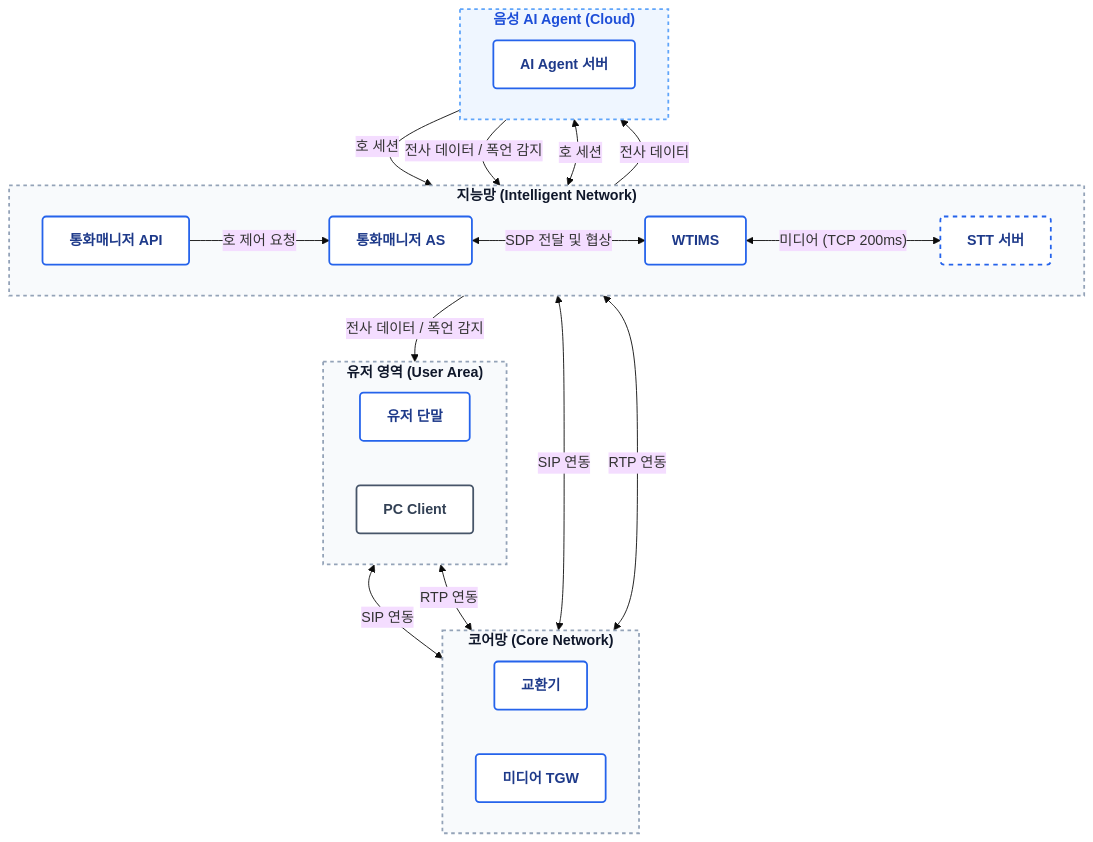
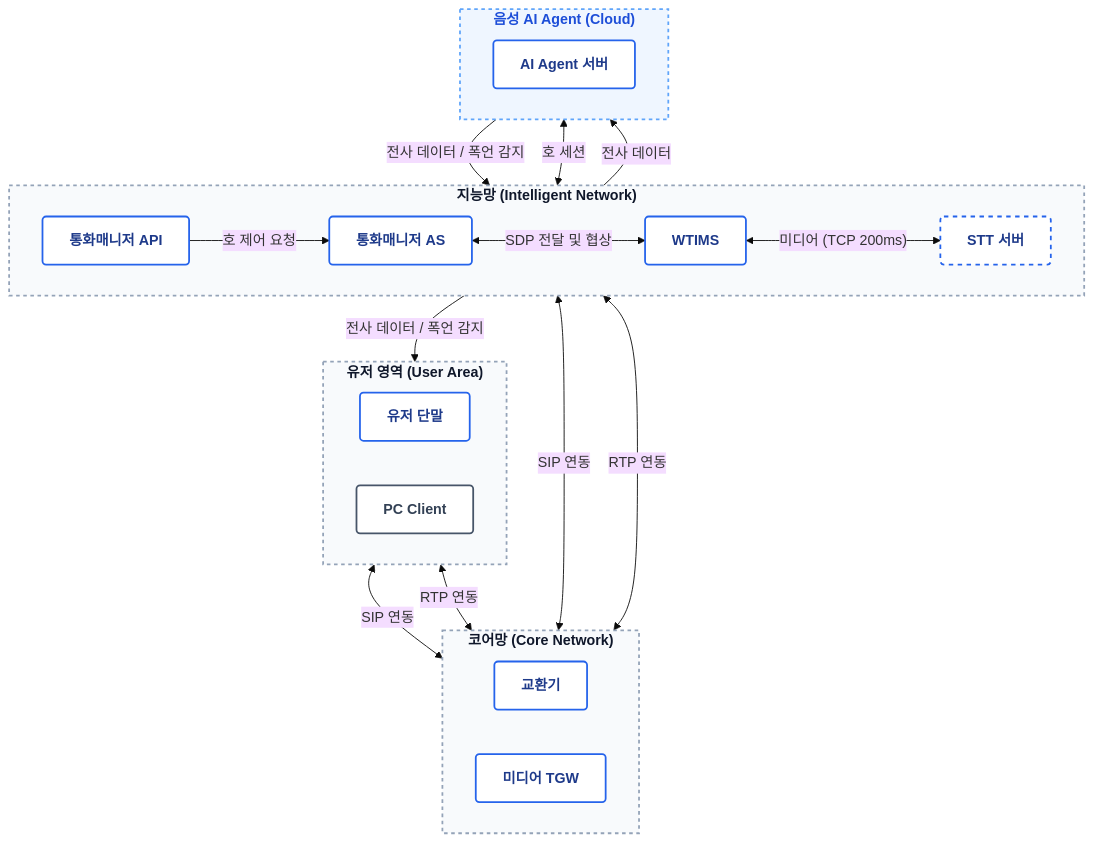
The diagram in docs/architecture/stt-agent-integration-in-stt.md (hak023/sip_pbx), drawn with Mermaid (base theme) before and after one commit.

Commit message:
docs(architecture): 방안 2에서 AI Agent -> STT 서버 호 세션 연결 제거

````diff
--- a/docs/architecture/stt-agent-integration-in-stt.md
+++ b/docs/architecture/stt-agent-integration-in-stt.md
@@ -4,61 +4,60 @@
 ```mermaid
 graph TD
     %% 스타일 정의 (블루 & 화이트 컨설팅 펌 테마)
     classDef default fill:#ffffff,stroke:#cbd5e1,stroke-width:1px,color:#334155,font-family:sans-serif;
     classDef layerBox fill:#f8fafc,stroke:#94a3b8,stroke-width:2px,stroke-dasharray: 4 4,color:#0f172a,font-weight:bold;
     classDef cloudBox fill:#eff6ff,stroke:#60a5fa,stroke-width:2px,stroke-dasharray: 4 4,color:#1d4ed8,font-weight:bold;
     classDef nodeBox fill:#ffffff,stroke:#2563eb,stroke-width:2px,color:#1e3a8a,font-weight:bold,rx:4px,ry:4px;
     classDef dashedNodeBox fill:#ffffff,stroke:#2563eb,stroke-width:2px,stroke-dasharray: 5 5,color:#1e3a8a,font-weight:bold,rx:4px,ry:4px;
     classDef clientBox fill:#ffffff,stroke:#475569,stroke-width:2px,color:#334155,font-weight:bold,rx:4px,ry:4px;
 
     %% 계층별 Subgraph
     subgraph User_Area ["유저 영역 (User Area)"]
         direction LR
         UserTerminal["유저 단말"]:::nodeBox
         PCClient["PC Client"]:::clientBox
     end
 
     subgraph Core_Network ["코어망 (Core Network)"]
         direction LR
         Switch["교환기"]:::nodeBox
         MediaTGW["미디어 TGW"]:::nodeBox
     end
 
     subgraph Intelligent_Network ["지능망 (Intelligent Network)"]
         direction LR
         CallManagerAS["통화매니저 AS"]:::nodeBox
         WTIMS["WTIMS"]:::nodeBox
         CallManagerAPI["통화매니저 API"]:::nodeBox
         STTServer["STT 서버"]:::dashedNodeBox
     end
 
     subgraph Cloud_Agent ["음성 AI Agent (Cloud)"]
         direction LR
         AIAgent["AI Agent 서버"]:::nodeBox
     end
 
     %% 연결선 및 프로토콜 흐름
     UserTerminal <-->|SIP 연동| Switch
     UserTerminal <-->|RTP 연동| MediaTGW
     
     Switch <-->|SIP 연동| CallManagerAS
     MediaTGW <-->|RTP 연동| WTIMS
     
     CallManagerAS <-->|SDP 전달 및 협상| WTIMS
     
     CallManagerAS <-->|호 세션| AIAgent
-    AIAgent -->|호 세션| STTServer
     WTIMS <-->|"미디어 (TCP 200ms)"| STTServer
     
     STTServer -->|전사 데이터| AIAgent
     
     AIAgent -->|전사 데이터 / 폭언 감지| CallManagerAPI
     CallManagerAPI -->|호 제어 요청| CallManagerAS
     CallManagerAPI -->|전사 데이터 / 폭언 감지| PCClient
 
     %% 서브그래프 스타일 적용
     class User_Area layerBox;
     class Core_Network layerBox;
     class Intelligent_Network layerBox;
     class Cloud_Agent cloudBox;
 ```
````
